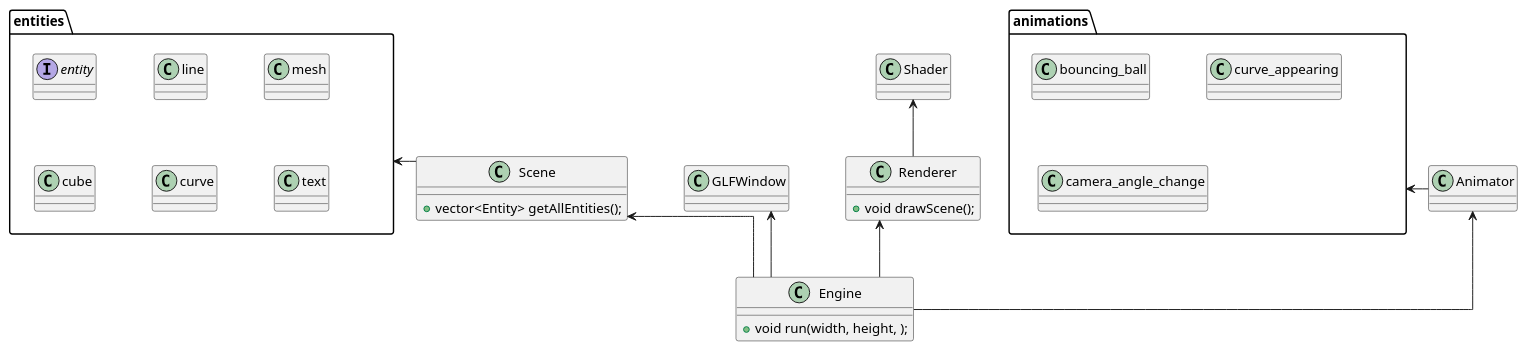
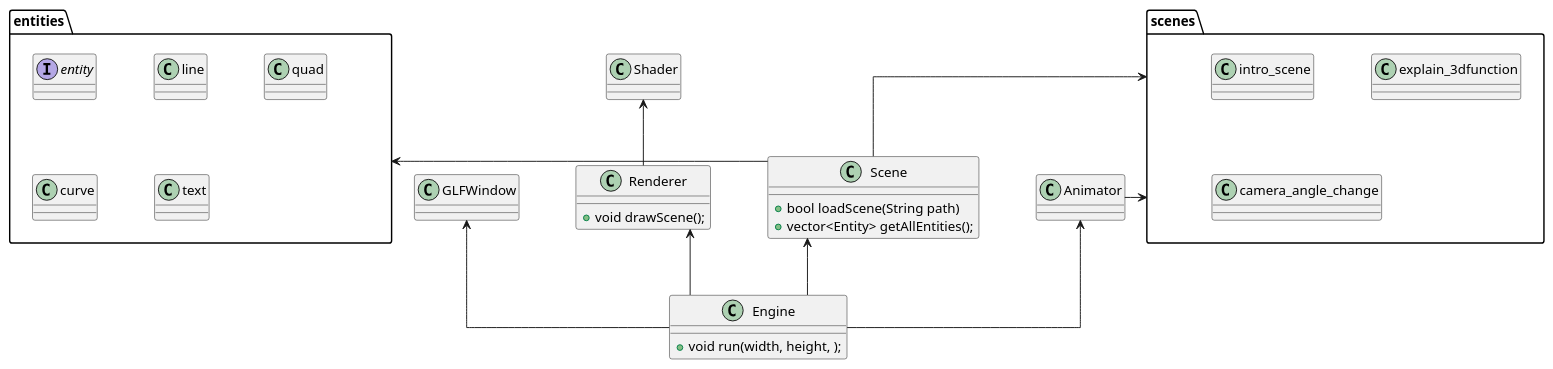
Before and after one commit to QchuDev/Animine: the diagram in docs/diagrams/class-diagram.puml, drawn with PlantUML. The commit also changed 15 other files, not shown here.

Commit message:
Refactor entity classes to use Shader pointers; update draw methods for consistency; add new Quad entity and shaders for line and quad rendering; implement scene loading with renderer integration.

```diff
--- a/docs/diagrams/class-diagram.puml
+++ b/docs/diagrams/class-diagram.puml
@@ -1,53 +1,54 @@
 @startuml
 
 skinparam Linetype ortho
 skinparam Nodesep 60
 skinparam Ranksep 60
 
 class Engine {
     + void run(width, height, );
 }
 class GLFWindow {}
 GLFWindow <-- Engine
 
 class Renderer {
     + void drawScene();
 }
 Renderer <-- Engine
 
 class Shader {}
 Shader <-- Renderer
 
+
+'Here is where the magic happens, the animator should transform the entities attr.'
+'Each entity has a position, scale and rotation'
+'This class should be able to receive the path of some animations scripts.'
+'this scripts are just text files that contain key words for animating'
+
 'Scene is a class that contains all the entities within it'
 class Scene {
+    + bool loadScene(String path)
     + vector<Entity> getAllEntities();
 }
 Scene <-- Engine
 
 package entities {
     interface entity {}
     class line {}
-    class mesh {}
-    class cube {}
+    class quad {}
     class curve {}
     class text {}
 }
 entities <-- Scene
 
-'Here is where the magic happens, the animator should transform the entities attr.'
-'Each entity has a position, scale and rotation'
-'This class should be able to receive the path of some animations scripts.'
-'this scripts are just text files that contain key words for animating'
-
 class Animator {}
 Animator<--Engine
 
-package animations {
-    class bouncing_ball{}
-    class curve_appearing{}
+package scenes {
+    class intro_scene{}
+    class explain_3dfunction{}
     class camera_angle_change{}
 }
-
-animations<--Animator
+scenes<--Animator
+scenes<--Scene
 
 @enduml
```
